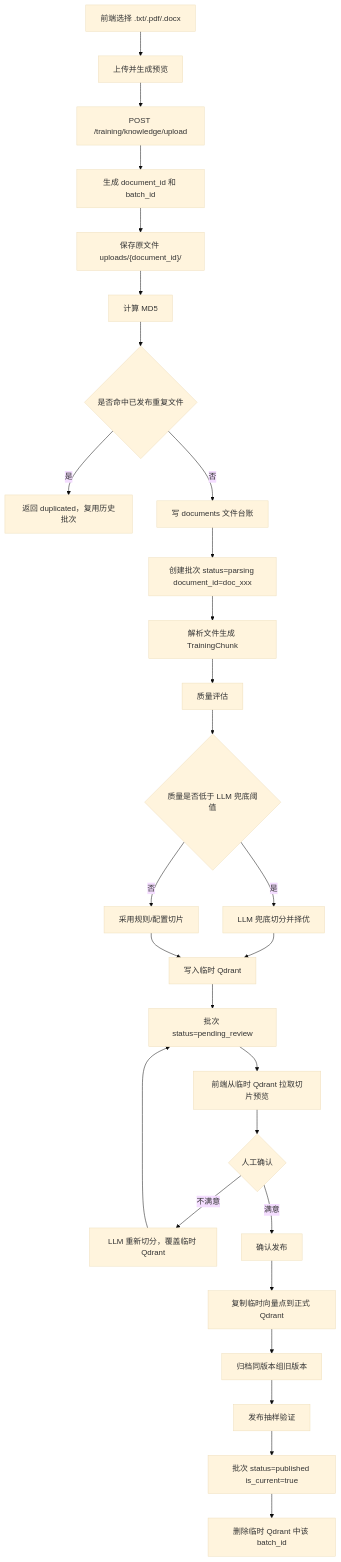
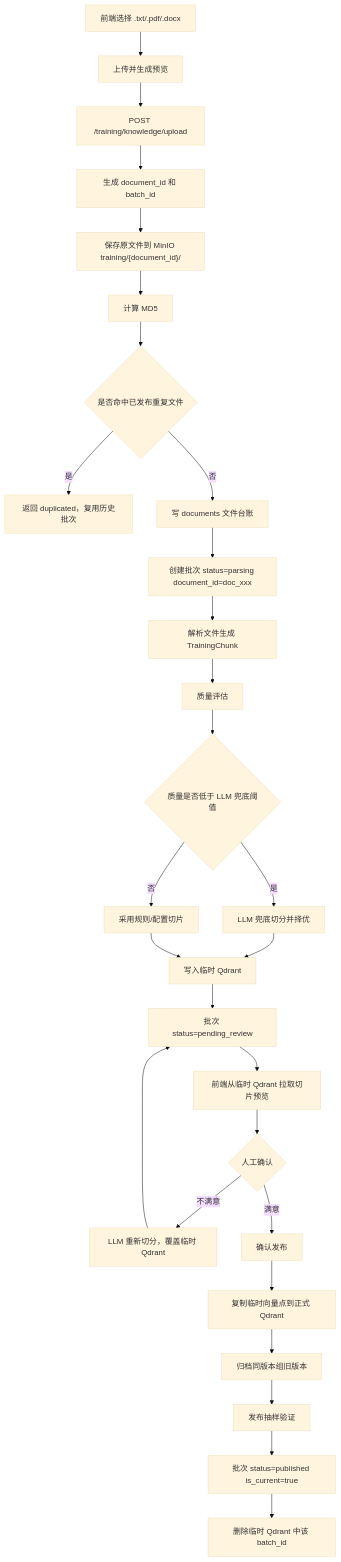
Before and after one commit to chen-liang-22/AI_RAG_Agent_Project: the first of 3 diagrams in docs/销售训练资料管理上传文件流程.md, drawn with Mermaid (base theme). The commit also changed other lines of this file and 24 other files, not shown here.

````diff
--- a/docs/销售训练资料管理上传文件流程.md
+++ b/docs/销售训练资料管理上传文件流程.md
@@ -42,30 +42,30 @@
 ```mermaid
 flowchart TD
     A["前端选择 .txt/.pdf/.docx"] --> B["上传并生成预览"]
     B --> C["POST /training/knowledge/upload"]
     C --> D["生成 document_id 和 batch_id"]
-    D --> D1["保存原文件 uploads/{document_id}/"]
+    D --> D1["保存原文件到 MinIO training/{document_id}/"]
     D1 --> E["计算 MD5"]
     E --> F{"是否命中已发布重复文件"}
     F -- "是" --> G["返回 duplicated，复用历史批次"]
     F -- "否" --> H["写 documents 文件台账"]
     H --> H1["创建批次 status=parsing document_id=doc_xxx"]
     H1 --> I["解析文件生成 TrainingChunk"]
     I --> J["质量评估"]
     J --> K{"质量是否低于 LLM 兜底阈值"}
     K -- "是" --> L["LLM 兜底切分并择优"]
     K -- "否" --> M["采用规则/配置切片"]
     L --> N["写入临时 Qdrant"]
     M --> N
     N --> O["批次 status=pending_review"]
     O --> P["前端从临时 Qdrant 拉取切片预览"]
     P --> Q{"人工确认"}
     Q -- "不满意" --> R["LLM 重新切分，覆盖临时 Qdrant"]
     R --> O
     Q -- "满意" --> S["确认发布"]
     S --> T["复制临时向量点到正式 Qdrant"]
     T --> U["归档同版本组旧版本"]
     U --> V["发布抽样验证"]
     V --> W["批次 status=published is_current=true"]
     W --> X["删除临时 Qdrant 中该 batch_id"]
 ```
````
